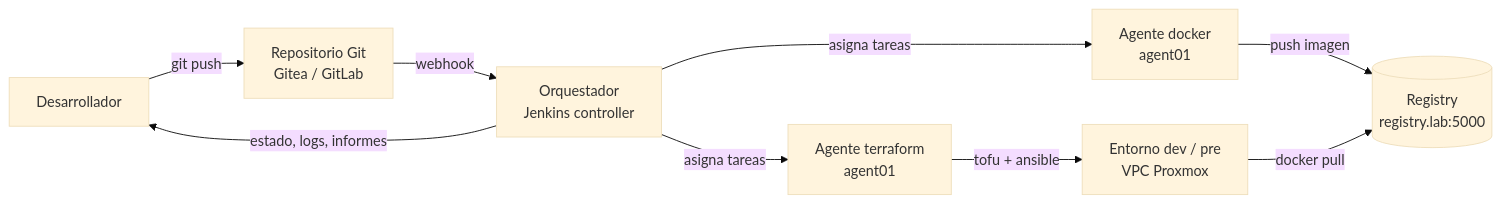
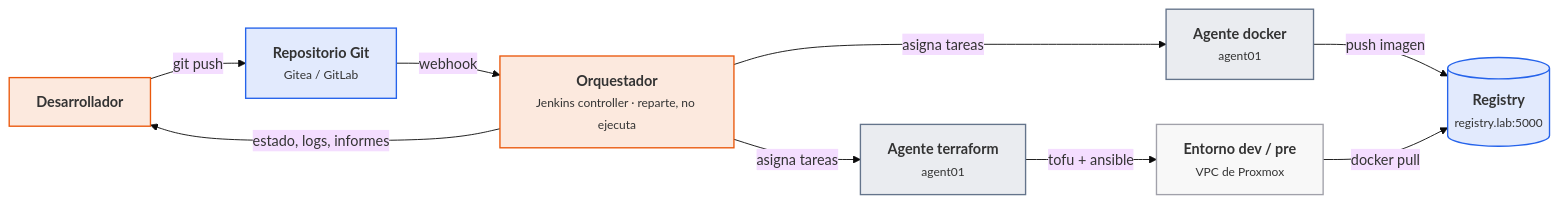
The second of 7 diagrams in docs/ut/ut6-ci.md (victor-educ/apuntes-5166), drawn with Mermaid (base theme) before and after one commit. The commit also changed other lines of this file and 12 other files, not shown here.

First line of the commit message:
Temporalización definitiva, gramática visual y diagramas en todas las unidades

````diff
--- a/docs/ut/ut6-ci.md
+++ b/docs/ut/ut6-ci.md
@@ -101,11 +127,24 @@
 ```mermaid
 flowchart LR
-    DEV[Desarrollador] -->|git push| REPO[Repositorio Git<br>Gitea / GitLab]
-    REPO -->|webhook| CTRL[Orquestador<br>Jenkins controller]
-    CTRL -->|asigna tareas| AG1[Agente docker<br>agent01]
-    CTRL -->|asigna tareas| AG2[Agente terraform<br>agent01]
-    AG1 -->|push imagen| REG[("Registry<br>registry.lab:5000")]
-    AG2 -->|tofu + ansible| ENV[Entorno dev / pre<br>VPC Proxmox]
+    DEV["<b>Desarrollador</b>"]:::act
+    REPO["<b>Repositorio Git</b><br><small>Gitea / GitLab</small>"]:::dato
+    CTRL["<b>Orquestador</b><br><small>Jenkins controller · reparte, no ejecuta</small>"]:::act
+    AG1["<b>Agente docker</b><br><small>agent01</small>"]:::pieza
+    AG2["<b>Agente terraform</b><br><small>agent01</small>"]:::pieza
+    REG[("<b>Registry</b><br><small>registry.lab:5000</small>")]:::dato
+    ENV["<b>Entorno dev / pre</b><br><small>VPC de Proxmox</small>"]:::infra
+    DEV -->|git push| REPO
+    REPO -->|webhook| CTRL
+    CTRL -->|asigna tareas| AG1
+    CTRL -->|asigna tareas| AG2
+    AG1 -->|push imagen| REG
+    AG2 -->|tofu + ansible| ENV
     ENV -->|docker pull| REG
     CTRL -->|estado, logs, informes| DEV
+    classDef act fill:#ea580c22,stroke:#ea580c,stroke-width:1.5px
+    classDef pieza fill:#64748b22,stroke:#64748b,stroke-width:1.5px
+    classDef dato fill:#2563eb22,stroke:#2563eb,stroke-width:1.5px
+    classDef infra fill:#a1a1aa14,stroke:#a1a1aa,stroke-width:1.5px
+    classDef ok fill:#16a34a22,stroke:#16a34a,stroke-width:1.5px
+    classDef riesgo fill:#dc262622,stroke:#dc2626,stroke-width:1.5px
 ```
````
